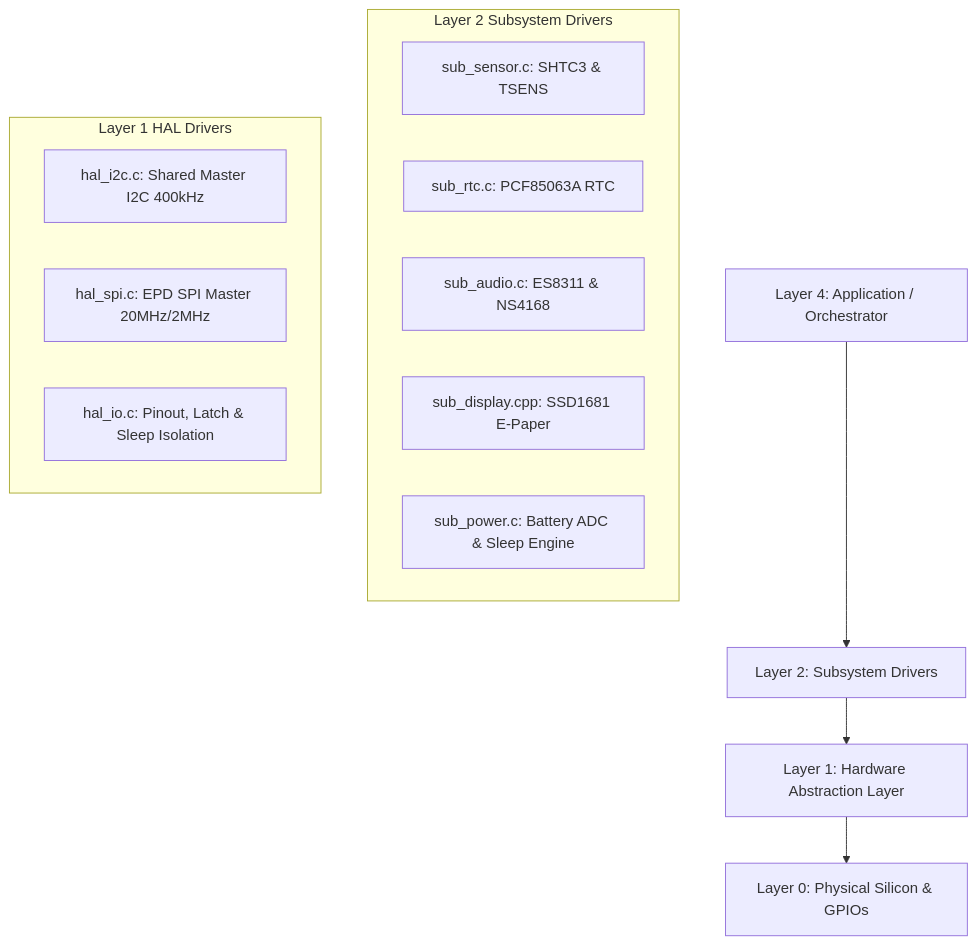
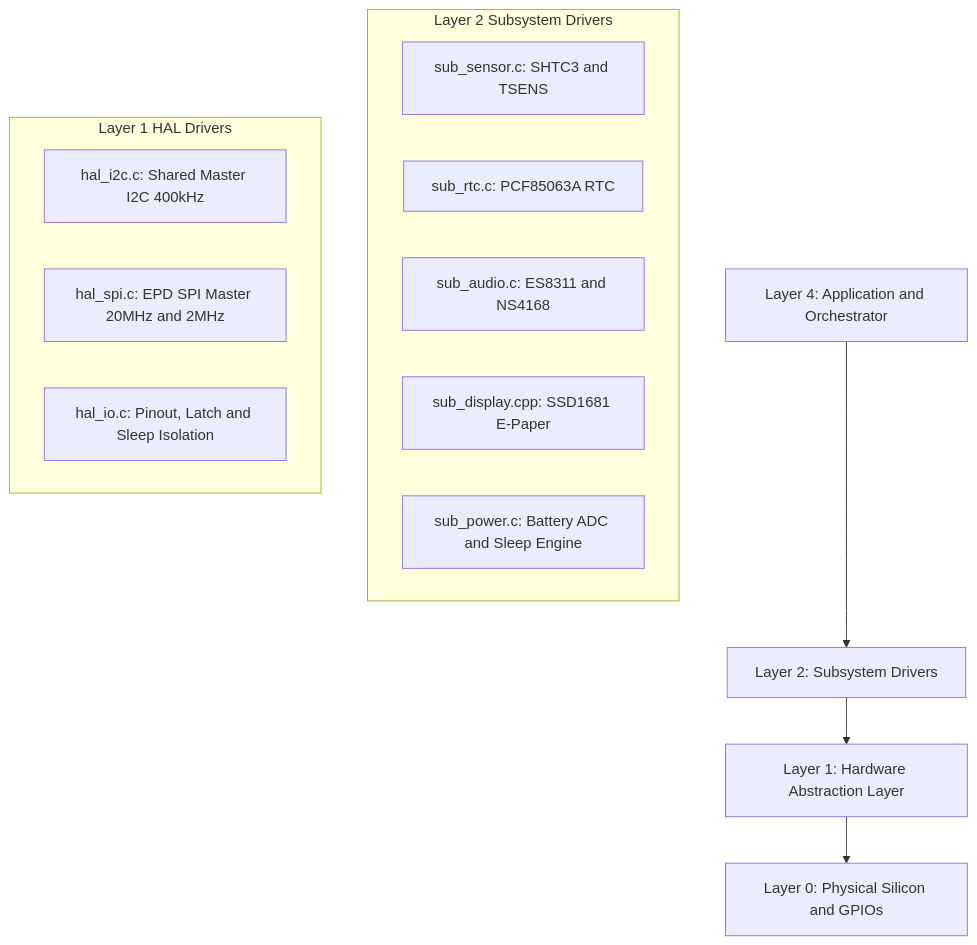
One commit to Humidyne-Labs/H1OS changed the diagram in docs/drivers/00_overview.md. Above: the diagram before and after it, drawn with Mermaid. The commit also changed 12 other files, not shown here.

Commit message:
docs: convert all Mermaid diagrams to canonical GitHub graph TD/LR syntax

````diff
--- a/docs/drivers/00_overview.md
+++ b/docs/drivers/00_overview.md
@@ -47,20 +47,20 @@
 ```mermaid
-graph TD
-    App[Layer 4: Application / Orchestrator] --> Sub[Layer 2: Subsystem Drivers]
-    Sub --> HAL[Layer 1: Hardware Abstraction Layer]
-    HAL --> HW[Layer 0: Physical Silicon & GPIOs]
+graph TD;
+    App["Layer 4: Application and Orchestrator"] --> Sub["Layer 2: Subsystem Drivers"];
+    Sub --> HAL["Layer 1: Hardware Abstraction Layer"];
+    HAL --> HW["Layer 0: Physical Silicon and GPIOs"];
 
     subgraph Layer2_Subsystems ["Layer 2 Subsystem Drivers"]
-        sub_sensor["sub_sensor.c: SHTC3 & TSENS"]
-        sub_rtc["sub_rtc.c: PCF85063A RTC"]
-        sub_audio["sub_audio.c: ES8311 & NS4168"]
-        sub_display["sub_display.cpp: SSD1681 E-Paper"]
-        sub_power["sub_power.c: Battery ADC & Sleep Engine"]
+        sub_sensor["sub_sensor.c: SHTC3 and TSENS"];
+        sub_rtc["sub_rtc.c: PCF85063A RTC"];
+        sub_audio["sub_audio.c: ES8311 and NS4168"];
+        sub_display["sub_display.cpp: SSD1681 E-Paper"];
+        sub_power["sub_power.c: Battery ADC and Sleep Engine"];
     end
 
     subgraph Layer1_HAL ["Layer 1 HAL Drivers"]
-        hal_i2c["hal_i2c.c: Shared Master I2C 400kHz"]
-        hal_spi["hal_spi.c: EPD SPI Master 20MHz/2MHz"]
-        hal_io["hal_io.c: Pinout, Latch & Sleep Isolation"]
+        hal_i2c["hal_i2c.c: Shared Master I2C 400kHz"];
+        hal_spi["hal_spi.c: EPD SPI Master 20MHz and 2MHz"];
+        hal_io["hal_io.c: Pinout, Latch and Sleep Isolation"];
     end
 ```
````
